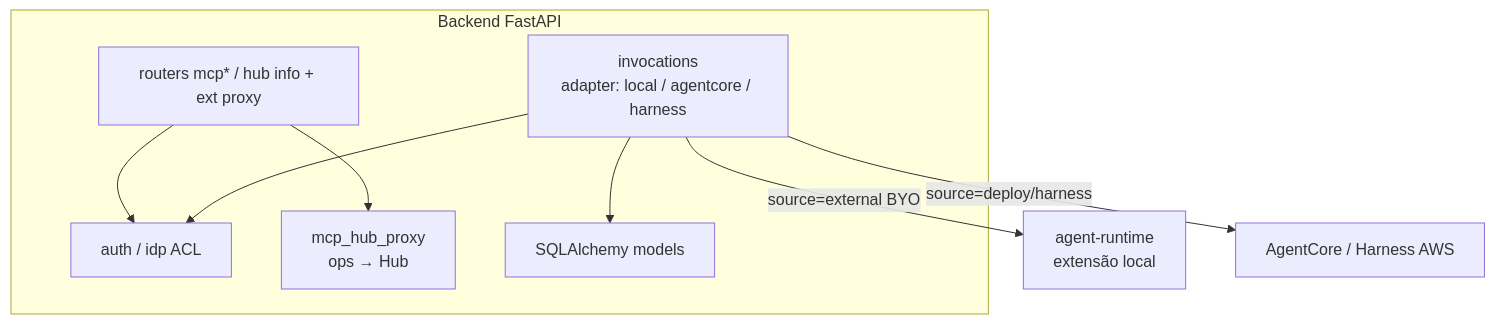
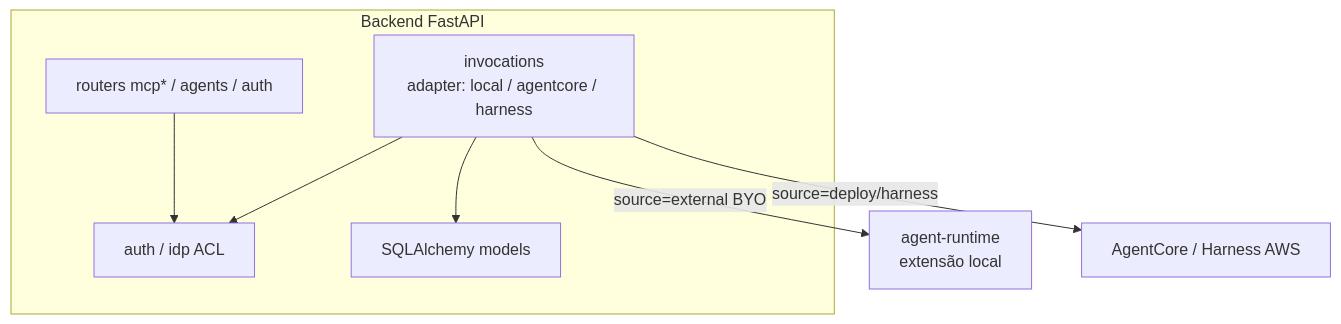
Before and after one commit to jsmesquita/loom-ext: the fourth of 8 diagrams in local-runtime/docs/guide/architecture.md, drawn with Mermaid. The commit also changed other lines of this file and 18 other files, not shown here.

First line of the commit message:
Remove Hub BFF from Core; plugin talks to Hub ops directly.

````diff
--- a/local-runtime/docs/guide/architecture.md
+++ b/local-runtime/docs/guide/architecture.md
@@ -197,18 +199,16 @@
 ```mermaid
 flowchart TB
   subgraph be[Backend FastAPI]
     AUTH[auth / idp ACL]
-    MCPR[routers mcp* / hub info + ext proxy]
+    MCPR[routers mcp* / agents / auth]
     INV[invocations<br/>adapter: local / agentcore / harness]
-    HPROXY[mcp_hub_proxy<br/>ops → Hub]
     ORM[SQLAlchemy models]
   end
   AR[agent-runtime<br/>extensão local]
   AC[AgentCore / Harness AWS]
   MCPR --> AUTH
-  MCPR --> HPROXY
   INV --> ORM
   INV --> AUTH
   INV -->|source=external BYO| AR
   INV -->|source=deploy/harness| AC
 ```
````
